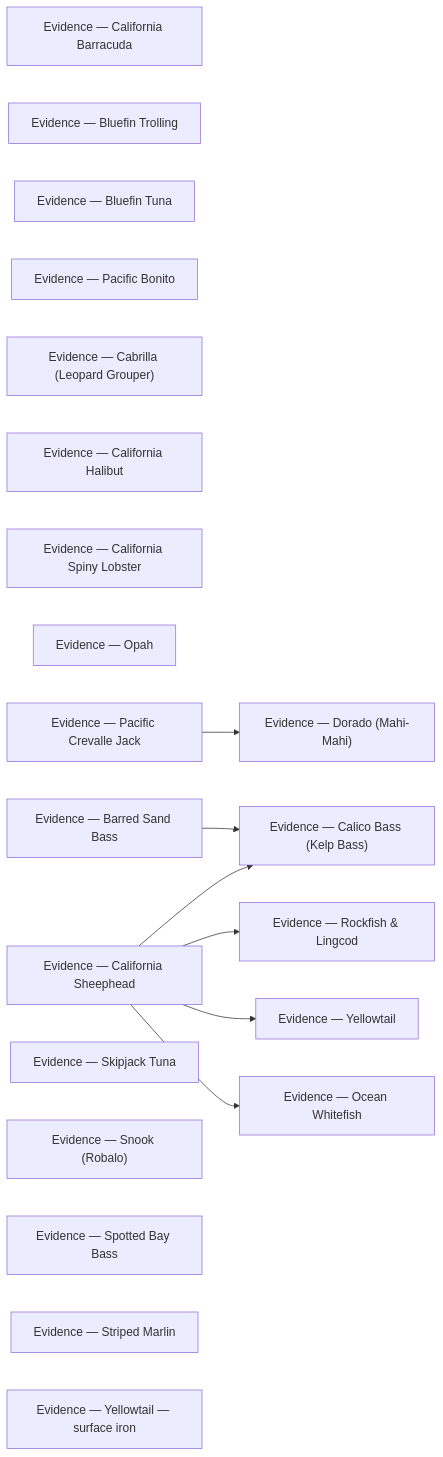
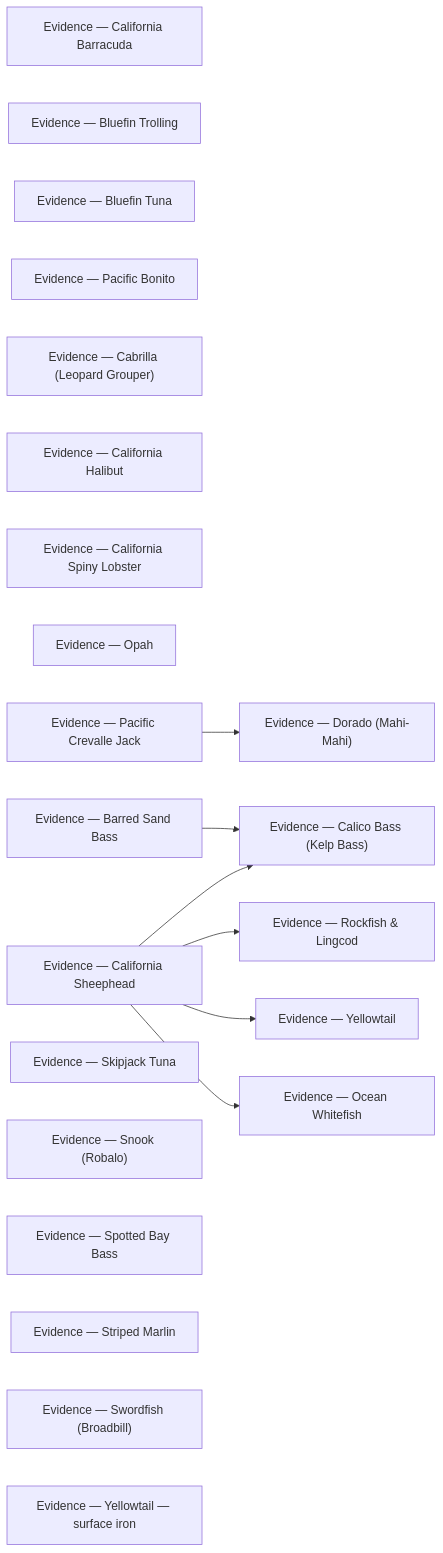
One commit to camchuckpete-max/Socal-Fishing-Knowledge changed the diagram in species/evidence/README.md. Above: the diagram before and after it, drawn with Mermaid. The commit also changed other lines of this file and 18 other files, not shown here.

````diff
--- a/species/evidence/README.md
+++ b/species/evidence/README.md
@@ -34,30 +35,31 @@
 ```mermaid
 graph LR
   n0["Evidence — California Barracuda"]
   n1["Evidence — Bluefin Trolling"]
   n2["Evidence — Bluefin Tuna"]
   n3["Evidence — Pacific Bonito"]
   n4["Evidence — Cabrilla (Leopard Grouper)"]
   n5["Evidence — Calico Bass (Kelp Bass)"]
   n6["Evidence — California Halibut"]
   n7["Evidence — California Spiny Lobster"]
   n8["Evidence — Dorado (Mahi-Mahi)"]
   n9["Evidence — Ocean Whitefish"]
   n10["Evidence — Opah"]
   n11["Evidence — Pacific Crevalle Jack"]
   n12["Evidence — Rockfish & Lingcod"]
   n13["Evidence — Barred Sand Bass"]
   n14["Evidence — California Sheephead"]
   n15["Evidence — Skipjack Tuna"]
   n16["Evidence — Snook (Robalo)"]
   n17["Evidence — Spotted Bay Bass"]
   n18["Evidence — Striped Marlin"]
-  n19["Evidence — Yellowtail — surface iron"]
-  n20["Evidence — Yellowtail"]
+  n19["Evidence — Swordfish (Broadbill)"]
+  n20["Evidence — Yellowtail — surface iron"]
+  n21["Evidence — Yellowtail"]
   n11 --> n8
   n13 --> n5
   n14 --> n12
-  n14 --> n20
+  n14 --> n21
   n14 --> n5
   n14 --> n9
 ```
````
